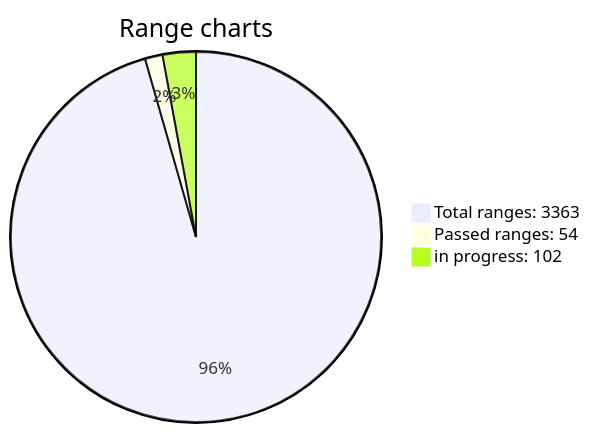
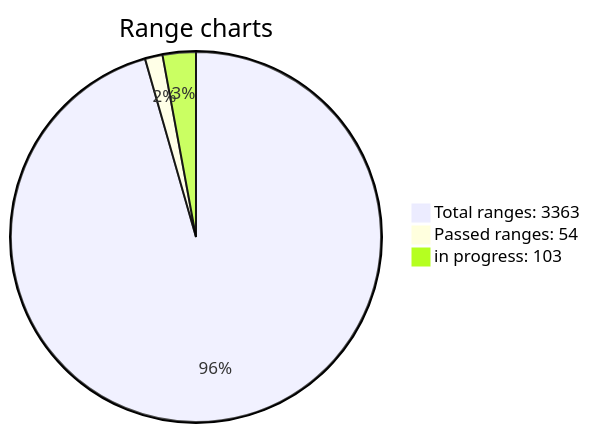
The diagram in README.md (jonlloner/wif500), drawn with Mermaid before and after one commit. The commit also changed other lines of this file, not shown here.

````diff
--- a/README.md
+++ b/README.md
@@ -63,6 +64,6 @@
 ```mermaid
 pie title Range charts
 "Total ranges: 3363" : 3363
 "Passed ranges: 54" : 54
-"in progress: 102" : 102
+"in progress: 103" : 102
 ```  
````
